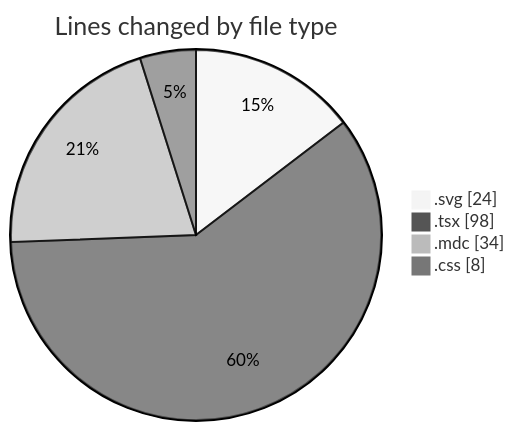
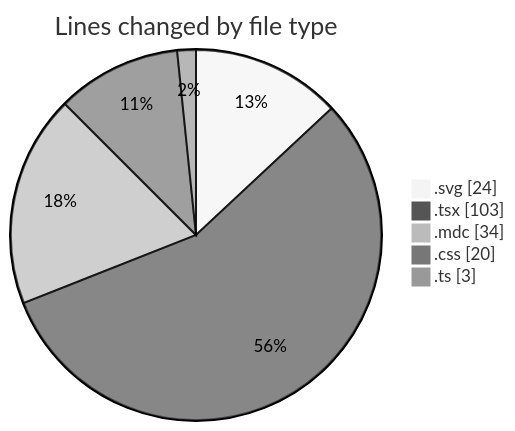
The first of 2 diagrams in 2025-07-18/ribbon/README.md (EIIisD/code-tracking), drawn with Mermaid (neutral theme) before and after one commit. The commit also changed other lines of this file and 1 other file, not shown here.

````diff
--- a/2025-07-18/ribbon/README.md
+++ b/2025-07-18/ribbon/README.md
@@ -23,8 +24,9 @@
 ```mermaid
 pie showData
 title Lines changed by file type
 ".svg" : 24
-".tsx" : 98
+".tsx" : 103
 ".mdc" : 34
-".css" : 8
+".css" : 20
+".ts" : 3
 ```
````
